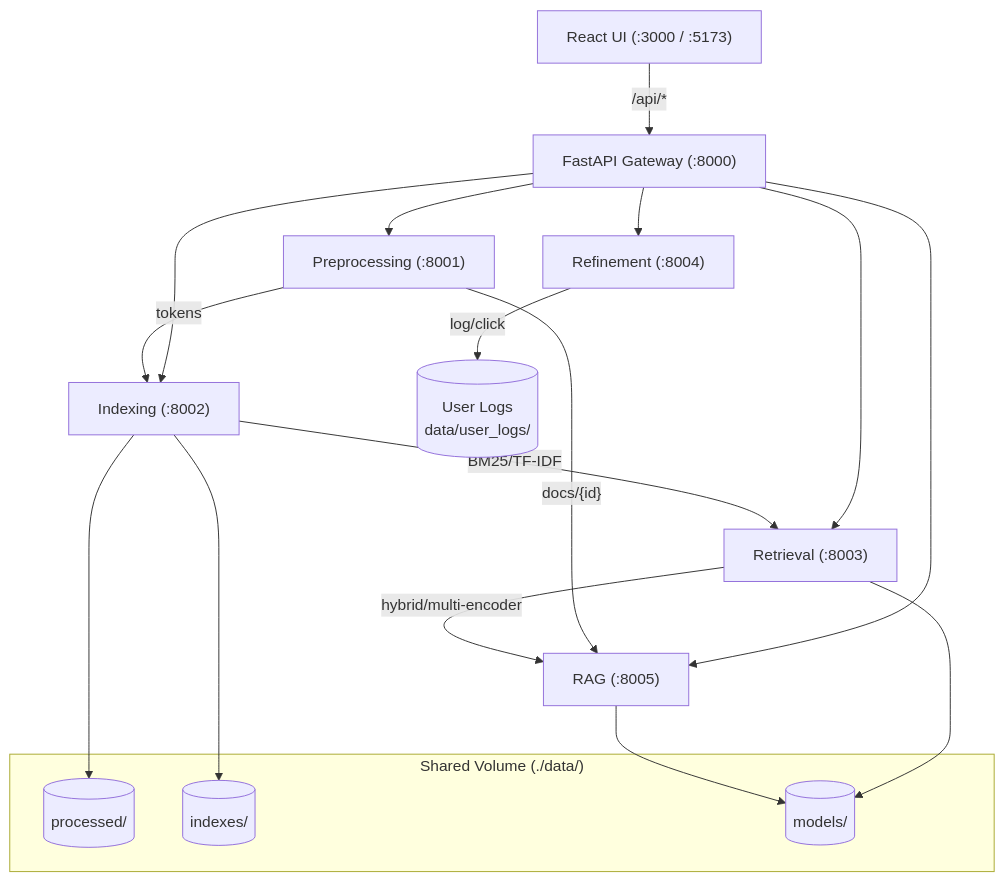
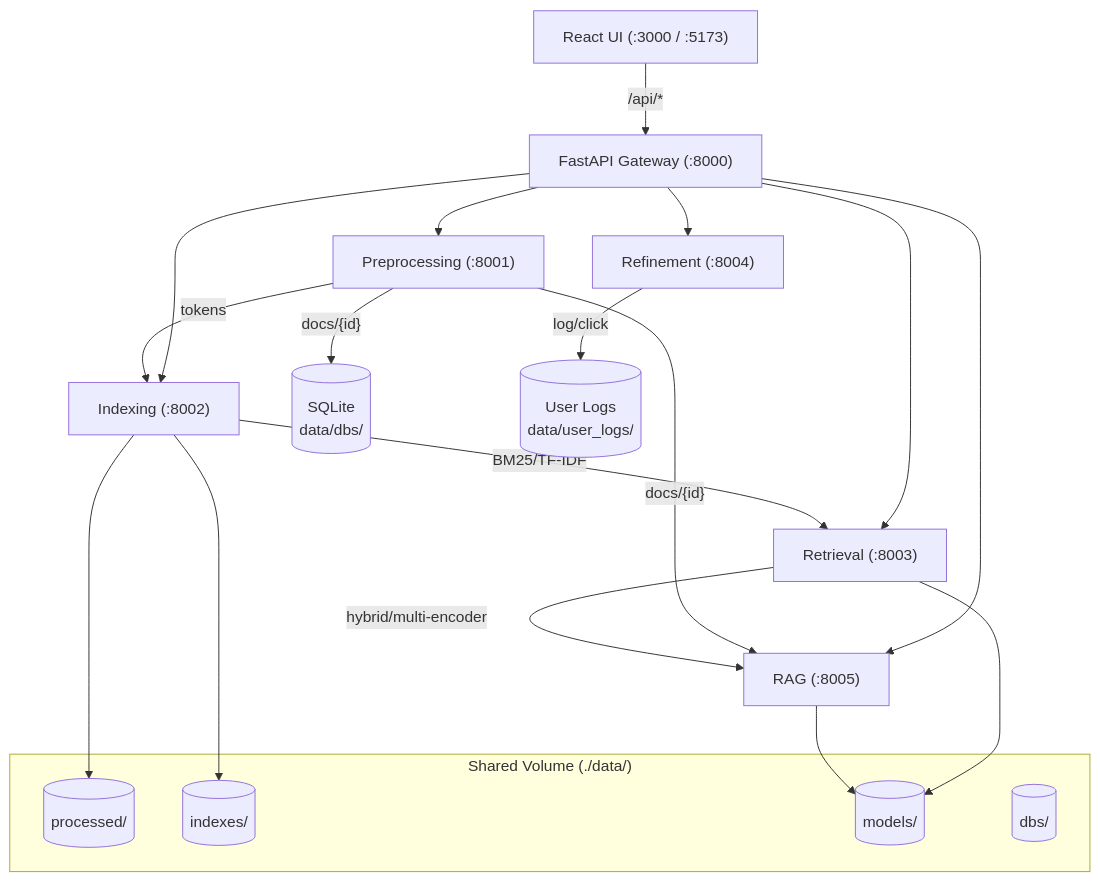
One commit to YasserJ01/ir-project-2026 changed the diagram in README.md. Above: the diagram before and after it, drawn with Mermaid. The commit also changed other lines of this file and 2 other files, not shown here.

First line of the commit message:
Docs: update README + architecture + progress for SQLite doc store

````diff
--- a/README.md
+++ b/README.md
@@ -120,23 +124,25 @@
 ```mermaid
 graph TB
     UI["React UI (:3000 / :5173)"] -->|"/api/*"| GW["FastAPI Gateway (:8000)"]
     GW --> PP["Preprocessing (:8001)"]
     GW --> IX["Indexing (:8002)"]
     GW --> RT["Retrieval (:8003)"]
     GW --> RF["Refinement (:8004)"]
     GW --> RG["RAG (:8005)"]
     PP -->|"tokens"| IX
     PP -->|"docs/{id}"| RG
+    PP -->|"docs/{id}"| DB[(SQLite<br/>data/dbs/)]
     IX -->|"BM25/TF-IDF"| RT
     RT -->|"hybrid/multi-encoder"| RG
     RF -->|"log/click"| UL[("User Logs<br/>data/user_logs/")]
     subgraph DATA ["Shared Volume (./data/)"]
         P[(processed/)]
         I[(indexes/)]
         M[(models/)]
+        DBS[(dbs/)]
     end
     IX --> P
     IX --> I
     RT --> M
     RG --> M
 ```
````
